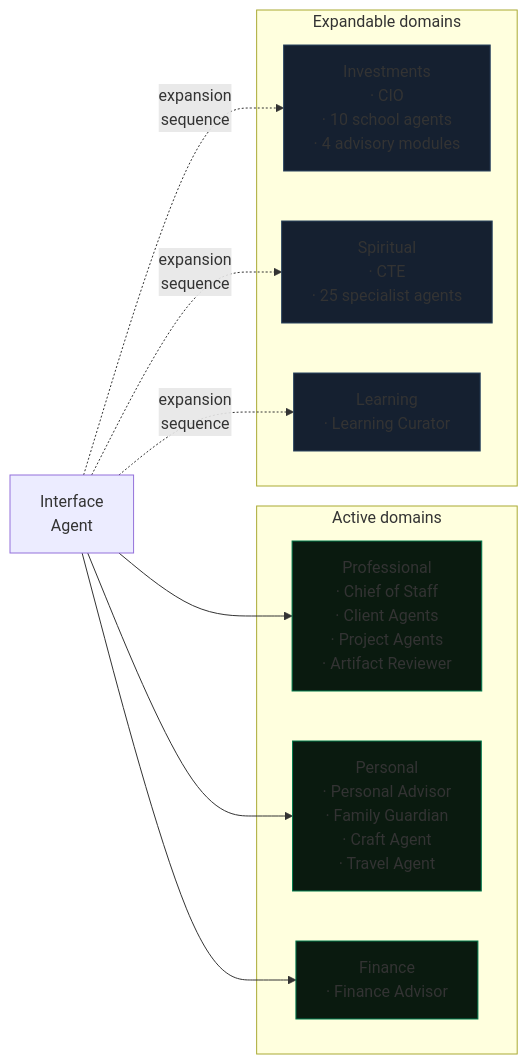
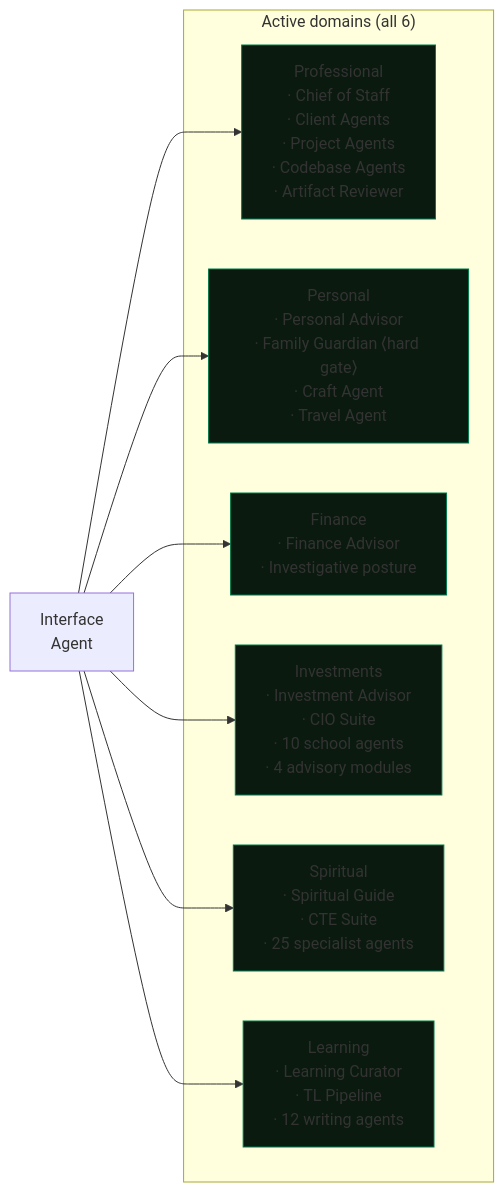
The fifth of 7 diagrams in ARCHITECTURE.md (DScardini91/agentic-os), drawn with Mermaid before and after one commit. The commit also changed other lines of this file, not shown here.

First line of the commit message:
feat(docs): expand architecture — 7 diagrams, D1 gate, Darwin loop, TL pipeline

````diff
--- a/ARCHITECTURE.md
+++ b/ARCHITECTURE.md
@@ -178,26 +208,22 @@
 ```mermaid
 flowchart LR
     K["Interface\nAgent"]
 
-    subgraph Active ["Active domains"]
-        PRO["Professional\n· Chief of Staff\n· Client Agents\n· Project Agents\n· Artifact Reviewer"]
-        PER["Personal\n· Personal Advisor\n· Family Guardian\n· Craft Agent\n· Travel Agent"]
-        FIN["Finance\n· Finance Advisor"]
+    subgraph Active ["Active domains (all 6)"]
+        PRO["Professional\n· Chief of Staff\n· Client Agents\n· Project Agents\n· Codebase Agents\n· Artifact Reviewer"]
+        PER["Personal\n· Personal Advisor\n· Family Guardian ⟨hard gate⟩\n· Craft Agent\n· Travel Agent"]
+        FIN["Finance\n· Finance Advisor\n· Investigative posture"]
+        INV["Investments\n· Investment Advisor\n· CIO Suite\n· 10 school agents\n· 4 advisory modules"]
+        SPI["Spiritual\n· Spiritual Guide\n· CTE Suite\n· 25 specialist agents"]
+        LRN["Learning\n· Learning Curator\n· TL Pipeline\n· 12 writing agents"]
     end
 
-    subgraph Planned ["Expandable domains"]
-        INV["Investments\n· CIO\n· 10 school agents\n· 4 advisory modules"]
-        SPI["Spiritual\n· CTE\n· 25 specialist agents"]
-        LRN["Learning\n· Learning Curator"]
-    end
-
-    K --> PRO & PER & FIN
-    K -.->|"expansion\nsequence"| INV & SPI & LRN
+    K --> PRO & PER & FIN & INV & SPI & LRN
 
     style PRO fill:#0A1A0F,stroke:#007A4D
     style PER fill:#0A1A0F,stroke:#007A4D
     style FIN fill:#0A1A0F,stroke:#007A4D
-    style INV fill:#152030,stroke:#2A4460
-    style SPI fill:#152030,stroke:#2A4460
-    style LRN fill:#152030,stroke:#2A4460
+    style INV fill:#0A1A0F,stroke:#007A4D
+    style SPI fill:#0A1A0F,stroke:#007A4D
+    style LRN fill:#0A1A0F,stroke:#007A4D
 ```
````
